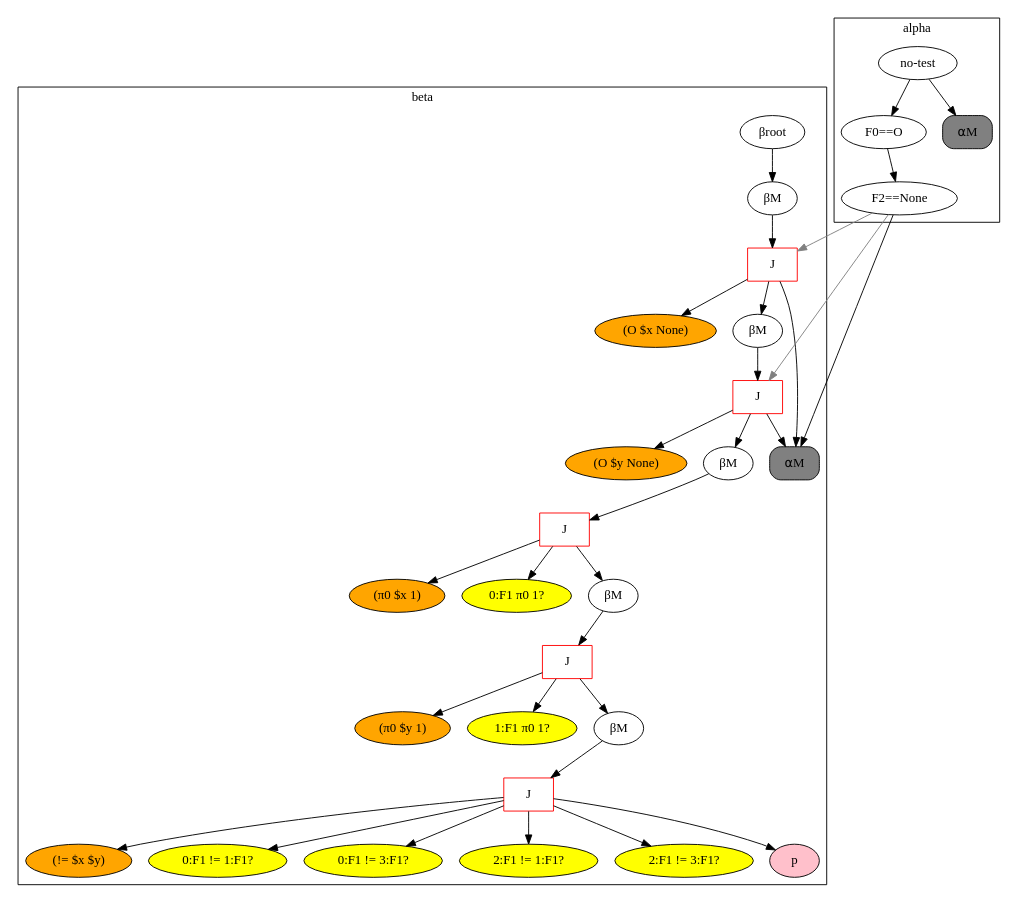
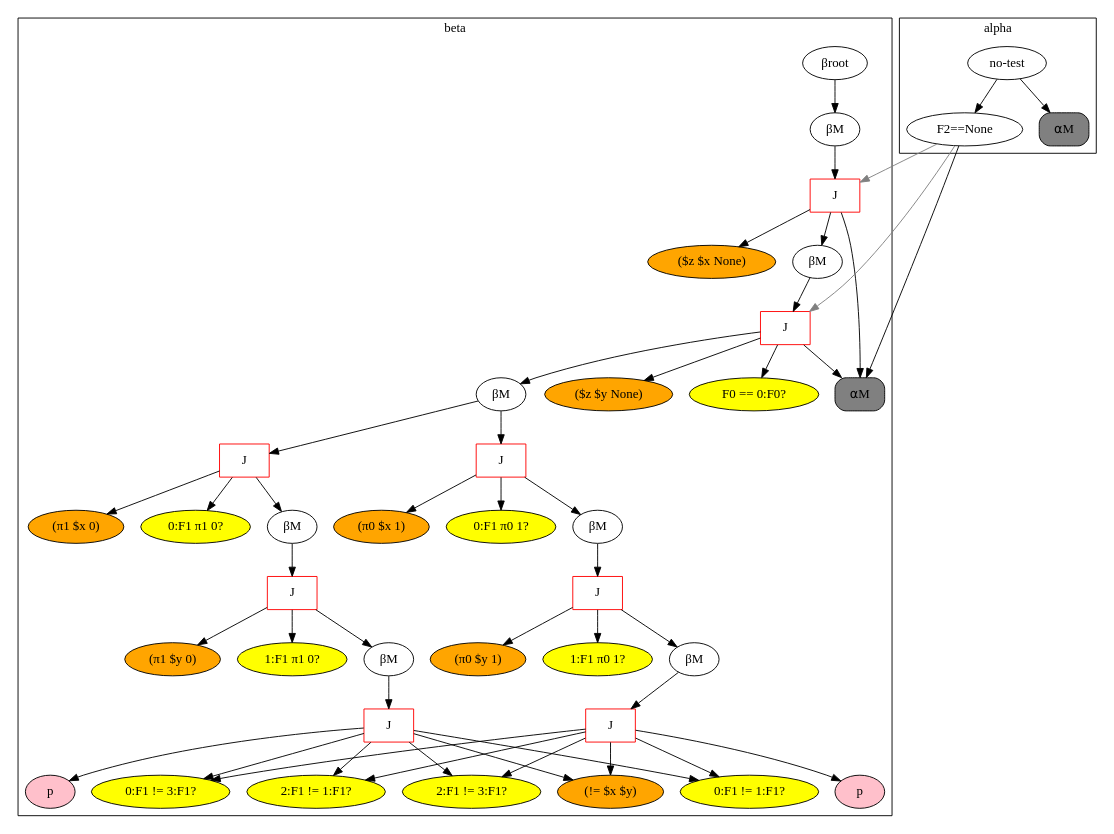
Before and after one commit to Cybernetic1/GIRL: the diagram in rete.dot, drawn with Graphviz. The commit also changed 5 other files, not shown here.

```diff
--- a/rete.dot
+++ b/rete.dot
@@ -1,63 +1,94 @@
 digraph {
 	subgraph cluster_1 {
 	label = beta
-	"BetaNode 0x7f5b0c358a90" [label="βroot"];
-	"BetaNode 0x7f5b0c358a90" -> "BetaMemory 0x7f5b0c2fc080";
-	"BetaMemory 0x7f5b0c2fc080" [label="βM"];
-	"BetaMemory 0x7f5b0c2fc080" -> "JoinNode 0x7f5b0c2fc198";
-	"JoinNode 0x7f5b0c2fc198" [shape=box,color=red,label="J"];
-	"JoinNode 0x7f5b0c2fc198" -> "⍺M:<rete.alpha.AlphaMemory object at 0x7f5b0c2fc160>"
-	"(O $x None)" [style=filled,fillcolor=orange];
-	"JoinNode 0x7f5b0c2fc198" -> "(O $x None)"
-	"JoinNode 0x7f5b0c2fc198" -> "BetaMemory 0x7f5b0c2fc1d0";
-	"BetaMemory 0x7f5b0c2fc1d0" [label="βM"];
-	"BetaMemory 0x7f5b0c2fc1d0" -> "JoinNode 0x7f5b0c2fc208";
-	"JoinNode 0x7f5b0c2fc208" [shape=box,color=red,label="J"];
-	"JoinNode 0x7f5b0c2fc208" -> "⍺M:<rete.alpha.AlphaMemory object at 0x7f5b0c2fc160>"
-	"(O $y None)" [style=filled,fillcolor=orange];
-	"JoinNode 0x7f5b0c2fc208" -> "(O $y None)"
-	"JoinNode 0x7f5b0c2fc208" -> "BetaMemory 0x7f5b0c2fc240";
-	"BetaMemory 0x7f5b0c2fc240" [label="βM"];
-	"BetaMemory 0x7f5b0c2fc240" -> "JoinNode 0x7f5b0c2fc278";
-	"JoinNode 0x7f5b0c2fc278" [shape=box,color=red,label="J"];
+	"BetaNode 0x7f02a5c1ef60" [label="βroot"];
+	"BetaNode 0x7f02a5c1ef60" -> "BetaMemory 0x7f02a5be7c88";
+	"BetaMemory 0x7f02a5be7c88" [label="βM"];
+	"BetaMemory 0x7f02a5be7c88" -> "JoinNode 0x7f02a5be7d68";
+	"JoinNode 0x7f02a5be7d68" [shape=box,color=red,label="J"];
+	"JoinNode 0x7f02a5be7d68" -> "⍺M:<rete.alpha.AlphaMemory object at 0x7f02a5be7d30>"
+	"($z $x None)" [style=filled,fillcolor=orange];
+	"JoinNode 0x7f02a5be7d68" -> "($z $x None)"
+	"JoinNode 0x7f02a5be7d68" -> "BetaMemory 0x7f02a5be7da0";
+	"BetaMemory 0x7f02a5be7da0" [label="βM"];
+	"BetaMemory 0x7f02a5be7da0" -> "JoinNode 0x7f02a5be7dd8";
+	"JoinNode 0x7f02a5be7dd8" [shape=box,color=red,label="J"];
+	"JoinNode 0x7f02a5be7dd8" -> "⍺M:<rete.alpha.AlphaMemory object at 0x7f02a5be7d30>"
+	"($z $y None)" [style=filled,fillcolor=orange];
+	"JoinNode 0x7f02a5be7dd8" -> "($z $y None)"
+	"F0 == 0:F0?" [style=filled,fillcolor=yellow];
+	"JoinNode 0x7f02a5be7dd8" -> "F0 == 0:F0?"
+	"JoinNode 0x7f02a5be7dd8" -> "BetaMemory 0x7f02a5be7e10";
+	"BetaMemory 0x7f02a5be7e10" [label="βM"];
+	"BetaMemory 0x7f02a5be7e10" -> "JoinNode 0x7f02a5be7e80";
+	"JoinNode 0x7f02a5be7e80" [shape=box,color=red,label="J"];
+	"(π1 $x 0)" [style=filled,fillcolor=orange];
+	"JoinNode 0x7f02a5be7e80" -> "(π1 $x 0)"
+	"0:F1 π1 0?" [style=filled,fillcolor=yellow];
+	"JoinNode 0x7f02a5be7e80" -> "0:F1 π1 0?"
+	"JoinNode 0x7f02a5be7e80" -> "BetaMemory 0x7f02a5be7ef0";
+	"BetaMemory 0x7f02a5be7ef0" [label="βM"];
+	"BetaMemory 0x7f02a5be7ef0" -> "JoinNode 0x7f02a5be7f28";
+	"JoinNode 0x7f02a5be7f28" [shape=box,color=red,label="J"];
+	"(π1 $y 0)" [style=filled,fillcolor=orange];
+	"JoinNode 0x7f02a5be7f28" -> "(π1 $y 0)"
+	"1:F1 π1 0?" [style=filled,fillcolor=yellow];
+	"JoinNode 0x7f02a5be7f28" -> "1:F1 π1 0?"
+	"JoinNode 0x7f02a5be7f28" -> "BetaMemory 0x7f02a5be7f98";
+	"BetaMemory 0x7f02a5be7f98" [label="βM"];
+	"BetaMemory 0x7f02a5be7f98" -> "JoinNode 0x7f02a5be7fd0";
+	"JoinNode 0x7f02a5be7fd0" [shape=box,color=red,label="J"];
+	"(!= $x $y)" [style=filled,fillcolor=orange];
+	"JoinNode 0x7f02a5be7fd0" -> "(!= $x $y)"
+	"0:F1 != 1:F1?" [style=filled,fillcolor=yellow];
+	"JoinNode 0x7f02a5be7fd0" -> "0:F1 != 1:F1?"
+	"0:F1 != 3:F1?" [style=filled,fillcolor=yellow];
+	"JoinNode 0x7f02a5be7fd0" -> "0:F1 != 3:F1?"
+	"2:F1 != 1:F1?" [style=filled,fillcolor=yellow];
+	"JoinNode 0x7f02a5be7fd0" -> "2:F1 != 1:F1?"
+	"2:F1 != 3:F1?" [style=filled,fillcolor=yellow];
+	"JoinNode 0x7f02a5be7fd0" -> "2:F1 != 3:F1?"
+	"JoinNode 0x7f02a5be7fd0" -> "PNode 0x7f02a5be7c50";
+	"PNode 0x7f02a5be7c50" [style=filled,fillcolor=pink,label="p"];
+	"BetaMemory 0x7f02a5be7e10" -> "JoinNode 0x7f02a5b6a320";
+	"JoinNode 0x7f02a5b6a320" [shape=box,color=red,label="J"];
 	"(π0 $x 1)" [style=filled,fillcolor=orange];
-	"JoinNode 0x7f5b0c2fc278" -> "(π0 $x 1)"
+	"JoinNode 0x7f02a5b6a320" -> "(π0 $x 1)"
 	"0:F1 π0 1?" [style=filled,fillcolor=yellow];
-	"JoinNode 0x7f5b0c2fc278" -> "0:F1 π0 1?"
-	"JoinNode 0x7f5b0c2fc278" -> "BetaMemory 0x7f5b0c2fc2e8";
-	"BetaMemory 0x7f5b0c2fc2e8" [label="βM"];
-	"BetaMemory 0x7f5b0c2fc2e8" -> "JoinNode 0x7f5b0c2fc320";
-	"JoinNode 0x7f5b0c2fc320" [shape=box,color=red,label="J"];
+	"JoinNode 0x7f02a5b6a320" -> "0:F1 π0 1?"
+	"JoinNode 0x7f02a5b6a320" -> "BetaMemory 0x7f02a5b6a2b0";
+	"BetaMemory 0x7f02a5b6a2b0" [label="βM"];
+	"BetaMemory 0x7f02a5b6a2b0" -> "JoinNode 0x7f02a5b6a358";
+	"JoinNode 0x7f02a5b6a358" [shape=box,color=red,label="J"];
 	"(π0 $y 1)" [style=filled,fillcolor=orange];
-	"JoinNode 0x7f5b0c2fc320" -> "(π0 $y 1)"
+	"JoinNode 0x7f02a5b6a358" -> "(π0 $y 1)"
 	"1:F1 π0 1?" [style=filled,fillcolor=yellow];
-	"JoinNode 0x7f5b0c2fc320" -> "1:F1 π0 1?"
-	"JoinNode 0x7f5b0c2fc320" -> "BetaMemory 0x7f5b0c2fc390";
-	"BetaMemory 0x7f5b0c2fc390" [label="βM"];
-	"BetaMemory 0x7f5b0c2fc390" -> "JoinNode 0x7f5b0c2fc3c8";
-	"JoinNode 0x7f5b0c2fc3c8" [shape=box,color=red,label="J"];
+	"JoinNode 0x7f02a5b6a358" -> "1:F1 π0 1?"
+	"JoinNode 0x7f02a5b6a358" -> "BetaMemory 0x7f02a5b6a3c8";
+	"BetaMemory 0x7f02a5b6a3c8" [label="βM"];
+	"BetaMemory 0x7f02a5b6a3c8" -> "JoinNode 0x7f02a5b6a400";
+	"JoinNode 0x7f02a5b6a400" [shape=box,color=red,label="J"];
 	"(!= $x $y)" [style=filled,fillcolor=orange];
-	"JoinNode 0x7f5b0c2fc3c8" -> "(!= $x $y)"
+	"JoinNode 0x7f02a5b6a400" -> "(!= $x $y)"
 	"0:F1 != 1:F1?" [style=filled,fillcolor=yellow];
-	"JoinNode 0x7f5b0c2fc3c8" -> "0:F1 != 1:F1?"
+	"JoinNode 0x7f02a5b6a400" -> "0:F1 != 1:F1?"
 	"0:F1 != 3:F1?" [style=filled,fillcolor=yellow];
-	"JoinNode 0x7f5b0c2fc3c8" -> "0:F1 != 3:F1?"
+	"JoinNode 0x7f02a5b6a400" -> "0:F1 != 3:F1?"
 	"2:F1 != 1:F1?" [style=filled,fillcolor=yellow];
-	"JoinNode 0x7f5b0c2fc3c8" -> "2:F1 != 1:F1?"
+	"JoinNode 0x7f02a5b6a400" -> "2:F1 != 1:F1?"
 	"2:F1 != 3:F1?" [style=filled,fillcolor=yellow];
-	"JoinNode 0x7f5b0c2fc3c8" -> "2:F1 != 3:F1?"
-	"JoinNode 0x7f5b0c2fc3c8" -> "PNode 0x7f5b0c2fc048";
-	"PNode 0x7f5b0c2fc048" [style=filled,fillcolor=pink,label="p"];
+	"JoinNode 0x7f02a5b6a400" -> "2:F1 != 3:F1?"
+	"JoinNode 0x7f02a5b6a400" -> "PNode 0x7f02a5b6a278";
+	"PNode 0x7f02a5b6a278" [style=filled,fillcolor=pink,label="p"];
 	}
 	subgraph cluster_0 {
 	label = alpha
-	"no-test" -> "F0==O";
-	"F0==O" -> "F2==None";
-	"F2==None" -> "⍺M:<rete.alpha.AlphaMemory object at 0x7f5b0c2fc160>";
-	"⍺M:<rete.alpha.AlphaMemory object at 0x7f5b0c2fc160>" [shape=box, style="rounded,filled", label="⍺M", fillcolor=gray];
-	"no-test" -> "⍺M:<rete.alpha.AlphaMemory object at 0x7f5b0c358748>";
-	"⍺M:<rete.alpha.AlphaMemory object at 0x7f5b0c358748>" [shape=box, style="rounded,filled", label="⍺M", fillcolor=gray];
+	"no-test" -> "F2==None";
+	"F2==None" -> "⍺M:<rete.alpha.AlphaMemory object at 0x7f02a5be7d30>";
+	"⍺M:<rete.alpha.AlphaMemory object at 0x7f02a5be7d30>" [shape=box, style="rounded,filled", label="⍺M", fillcolor=gray];
+	"no-test" -> "⍺M:<rete.alpha.AlphaMemory object at 0x7f02a5c1ec18>";
+	"⍺M:<rete.alpha.AlphaMemory object at 0x7f02a5c1ec18>" [shape=box, style="rounded,filled", label="⍺M", fillcolor=gray];
 	}
-	"F2==None" -> "JoinNode 0x7f5b0c2fc198" [color=gray];
-	"F2==None" -> "JoinNode 0x7f5b0c2fc208" [color=gray];
+	"F2==None" -> "JoinNode 0x7f02a5be7d68" [color=gray];
+	"F2==None" -> "JoinNode 0x7f02a5be7dd8" [color=gray];
 }
```
